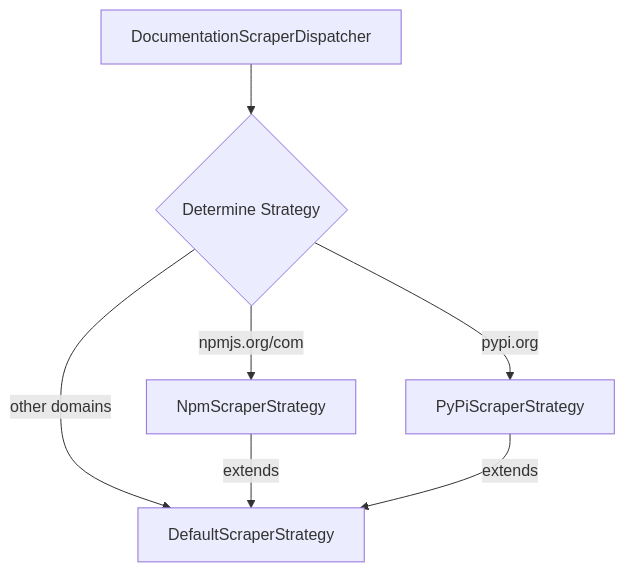
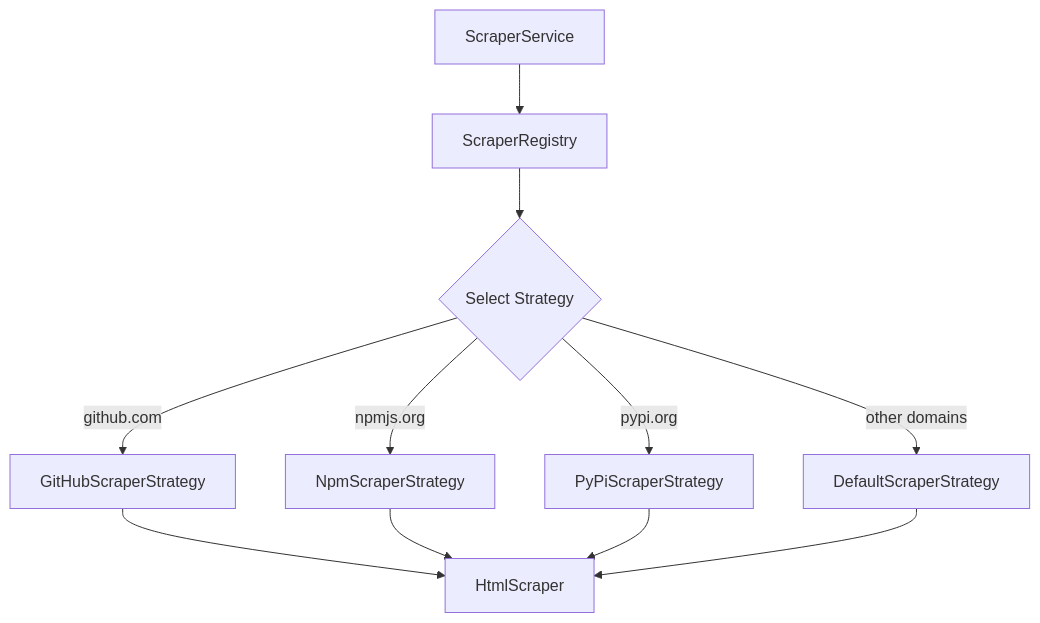
Before and after one commit to theshadow27/docs-mcp-server: the first of 2 diagrams in ARCHITECTURE.md, drawn with Mermaid. The commit also changed other lines of this file and 31 other files, not shown here.

````diff
--- a/ARCHITECTURE.md
+++ b/ARCHITECTURE.md
@@ -176,9 +188,10 @@
 ```mermaid
 graph TD
-    A[DocumentationScraperDispatcher] --> B{Determine Strategy}
-    B -->|npmjs.org/com| C[NpmScraperStrategy]
-    B -->|pypi.org| D[PyPiScraperStrategy]
-    B -->|other domains| E[DefaultScraperStrategy]
-    C -->|extends| E
-    D -->|extends| E
+    A[ScraperService] --> B[ScraperRegistry]
+    B --> C{Select Strategy}
+    C -->|github.com| D[GitHubScraperStrategy]
+    C -->|npmjs.org| E[NpmScraperStrategy]
+    C -->|pypi.org| F[PyPiScraperStrategy]
+    C -->|other domains| G[DefaultScraperStrategy]
+    D & E & F & G --> H[HtmlScraper]
 ```
````
